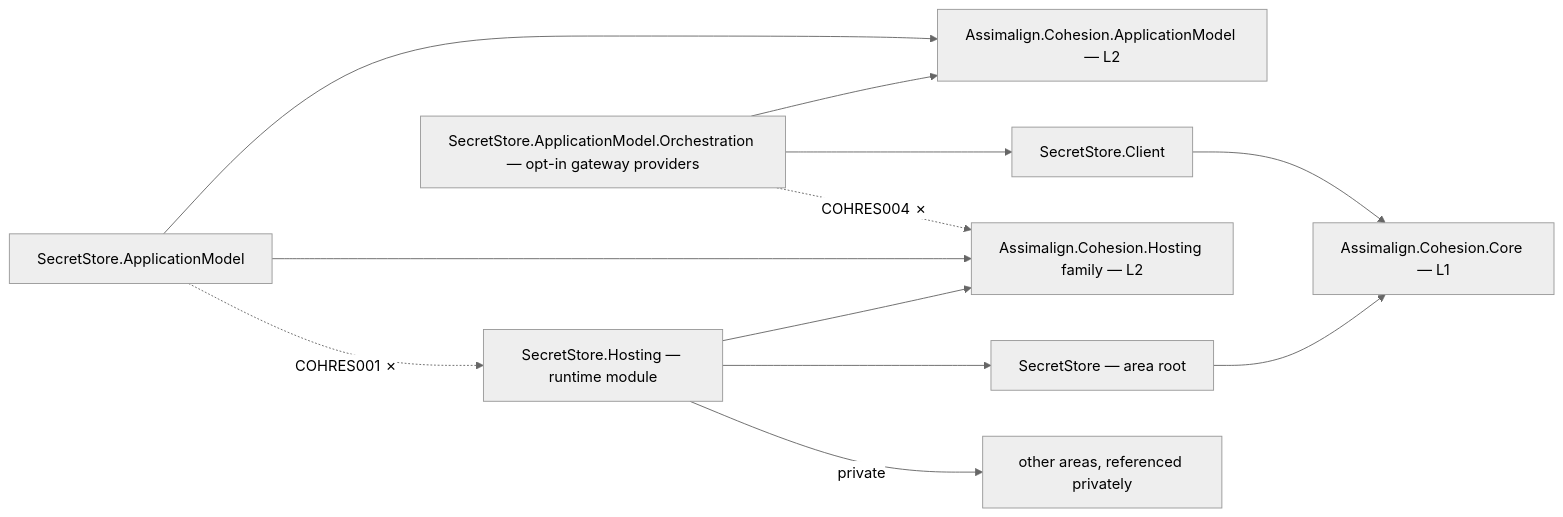
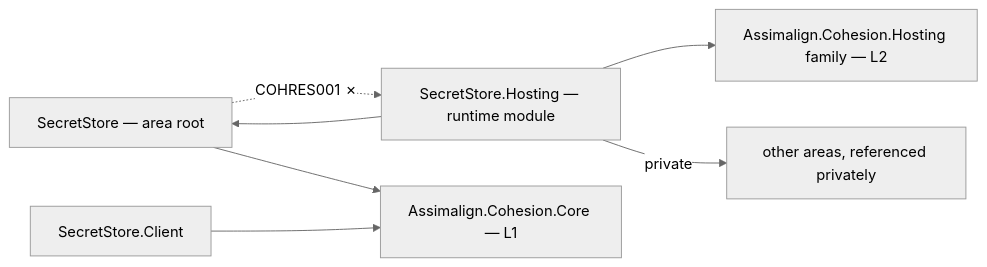
One commit to assimalign/cohesion changed the diagram in resources/SecretStore/README.md. Above: the diagram before and after it, drawn with Mermaid (neutral theme). The commit also changed other lines of this file and 441 other files, not shown here.

````diff
--- a/resources/SecretStore/README.md
+++ b/resources/SecretStore/README.md
@@ -10,23 +10,15 @@
 ```mermaid
 flowchart LR
     P0["SecretStore — area root"]
-    P1["SecretStore.ApplicationModel"]
     P2["SecretStore.Client"]
     P3["SecretStore.Hosting — runtime module"]
-    P4["SecretStore.ApplicationModel.Orchestration — opt-in gateway providers"]
     CORE["Assimalign.Cohesion.Core — L1"]
     HOSTFAM["Assimalign.Cohesion.Hosting family — L2"]
-    APPMODEL["Assimalign.Cohesion.ApplicationModel — L2"]
     PRIV["other areas, referenced privately"]
     P0 --> CORE
-    P1 --> APPMODEL
-    P1 --> HOSTFAM
     P2 --> CORE
     P3 --> HOSTFAM
     P3 --> P0
     P3 -->|"private"| PRIV
-    P4 --> APPMODEL
-    P4 --> P2
-    P1 -.->|"COHRES001 ✗"| P3
-    P4 -.->|"COHRES004 ✗"| HOSTFAM
+    P0 -.->|"COHRES001 ✗"| P3
 ```
````
